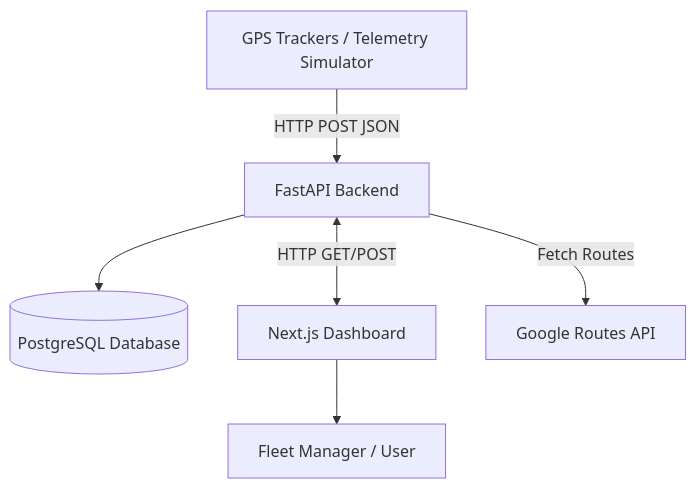
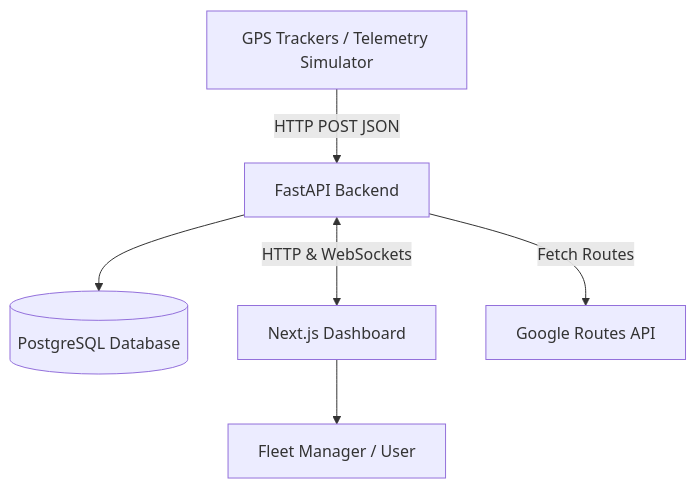
The first of 2 diagrams in README.md (welogicalproject/Welogical-Vehicle-Tracking-System), drawn with Mermaid before and after one commit. The commit also changed other lines of this file and 8 other files, not shown here.

````diff
--- a/README.md
+++ b/README.md
@@ -26,8 +26,8 @@
 ```mermaid
 graph TD
     GPS[GPS Trackers / Telemetry Simulator] -->|HTTP POST JSON| API[FastAPI Backend]
     API --> DB[(PostgreSQL Database)]
-    API <-->|HTTP GET/POST| WEB[Next.js Dashboard]
+    API <-->|HTTP & WebSockets| WEB[Next.js Dashboard]
     WEB --> USER[Fleet Manager / User]
     API -->|Fetch Routes| GOOGLE[Google Routes API]
 ```
````
